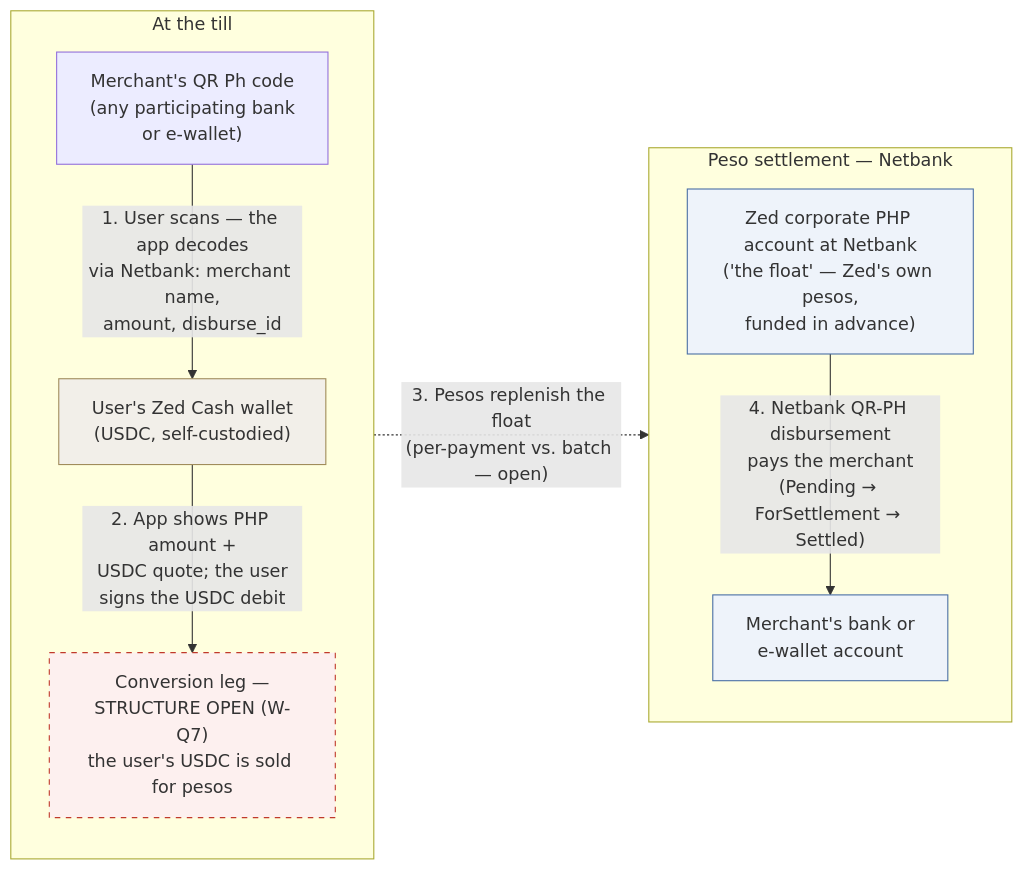
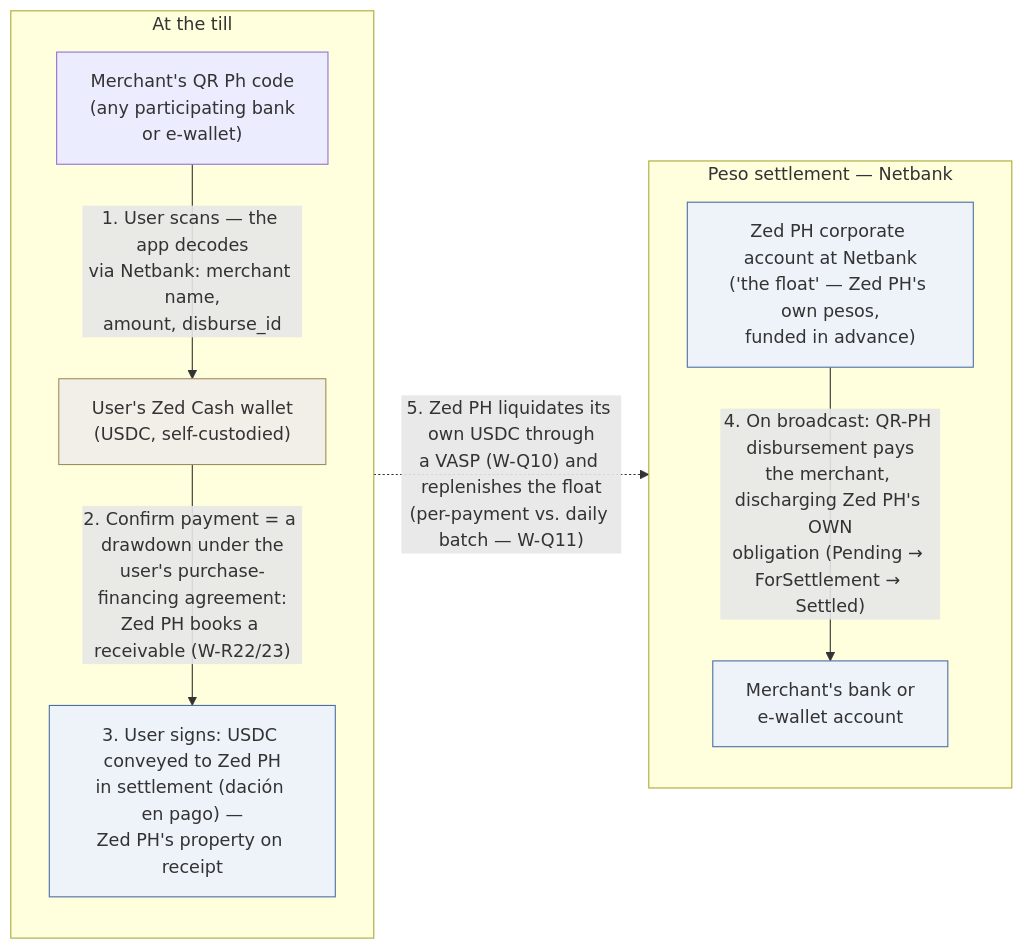
One commit to STAbraham/stablecoin-project changed the diagram in tracks/c-usdc-vasp-privy/research/diagrams/m2-qrph-flow.mmd. Above: the diagram before and after it, drawn with Mermaid. The commit also changed 3 other files, not shown here.

```diff
--- a/tracks/c-usdc-vasp-privy/research/diagrams/m2-qrph-flow.mmd
+++ b/tracks/c-usdc-vasp-privy/research/diagrams/m2-qrph-flow.mmd
@@ -1,17 +1,15 @@
 flowchart LR
   subgraph UL ["At the till"]
     direction TB
     M["Merchant's QR Ph code<br/>(any participating bank<br/>or e-wallet)"] -->|"1. User scans — the app decodes<br/>via Netbank: merchant name,<br/>amount, disburse_id"| U["User's Zed Cash wallet<br/>(USDC, self-custodied)"]
-    U -->|"2. App shows PHP amount +<br/>USDC quote; the user<br/>signs the USDC debit"| CV["Conversion leg —<br/>STRUCTURE OPEN (W-Q7)<br/>the user's USDC is sold for pesos"]
+    U -->|"2. Confirm payment = a drawdown under the<br/>user's purchase-financing agreement:<br/>Zed PH books a receivable (W-R22/23)"| CV["3. User signs: USDC conveyed to Zed PH<br/>in settlement (dación en pago) —<br/>Zed PH's property on receipt"]
   end
   subgraph PL ["Peso settlement — Netbank"]
     direction TB
-    F["Zed corporate PHP account at Netbank<br/>('the float' — Zed's own pesos,<br/>funded in advance)"] -->|"4. Netbank QR-PH disbursement<br/>pays the merchant<br/>(Pending → ForSettlement → Settled)"| MB["Merchant's bank or<br/>e-wallet account"]
+    F["Zed PH corporate account at Netbank<br/>('the float' — Zed PH's own pesos,<br/>funded in advance)"] -->|"4. On broadcast: QR-PH disbursement pays<br/>the merchant, discharging Zed PH's OWN<br/>obligation (Pending → ForSettlement → Settled)"| MB["Merchant's bank or<br/>e-wallet account"]
   end
-  UL -.->|"3. Pesos replenish the float<br/>(per-payment vs. batch — open)"| PL
+  UL -.->|"5. Zed PH liquidates its own USDC through<br/>a VASP (W-Q10) and replenishes the float<br/>(per-payment vs. daily batch — W-Q11)"| PL
   classDef user fill:#f2efe9,stroke:#a08c5b
   classDef bank fill:#eef3fa,stroke:#4a6fa5
-  classDef open fill:#fdf0ef,stroke:#c0392b,stroke-dasharray: 5 5
   class U user
-  class F,MB bank
-  class CV open
+  class F,MB,CV bank
```
